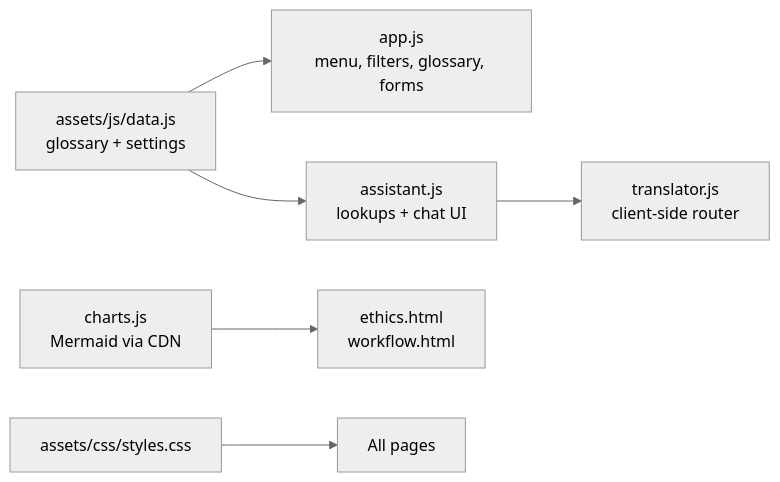
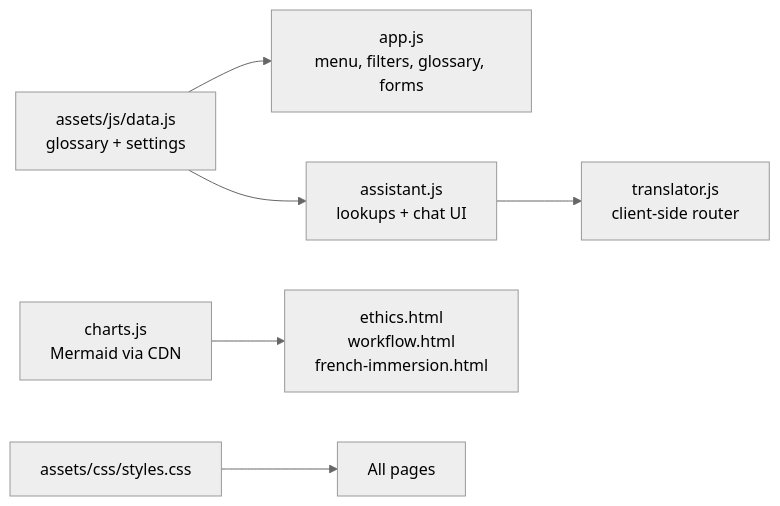
The second of 3 diagrams in README.md (wbp318/LA-Interpreter-Hub-Website-fork), drawn with Mermaid (neutral theme) before and after one commit. The commit also changed other lines of this file and 6 other files, not shown here.

Commit message:
Add French immersion research brief with Mermaid charts, nav link, assistant topic

````diff
--- a/README.md
+++ b/README.md
@@ -51,8 +55,8 @@
 ```mermaid
 flowchart LR
 D["assets/js/data.js<br/>glossary + settings"] --> APP["app.js<br/>menu, filters, glossary, forms"]
 D --> AS["assistant.js<br/>lookups + chat UI"]
 AS --> TR["translator.js<br/>client-side router"]
-CH["charts.js<br/>Mermaid via CDN"] --> P["ethics.html<br/>workflow.html"]
+CH["charts.js<br/>Mermaid via CDN"] --> P["ethics.html<br/>workflow.html<br/>french-immersion.html"]
 ST["assets/css/styles.css"] --> ALL["All pages"]
 ```
````
